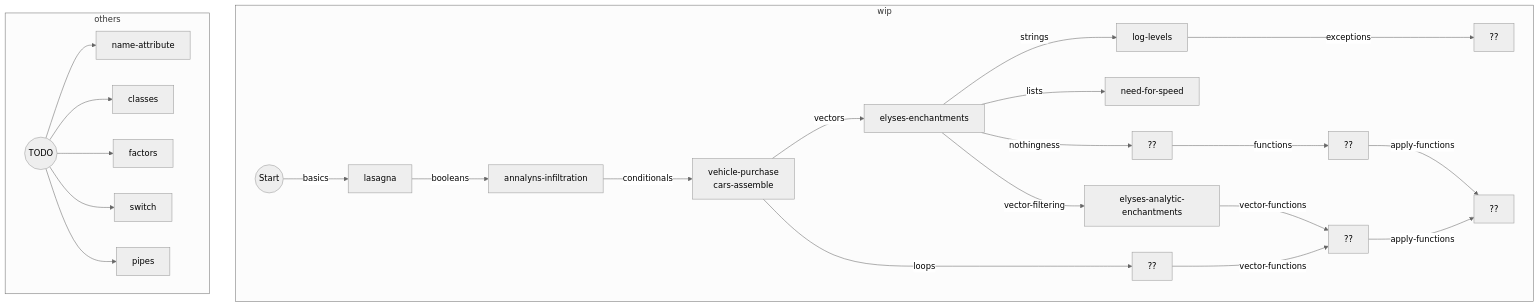
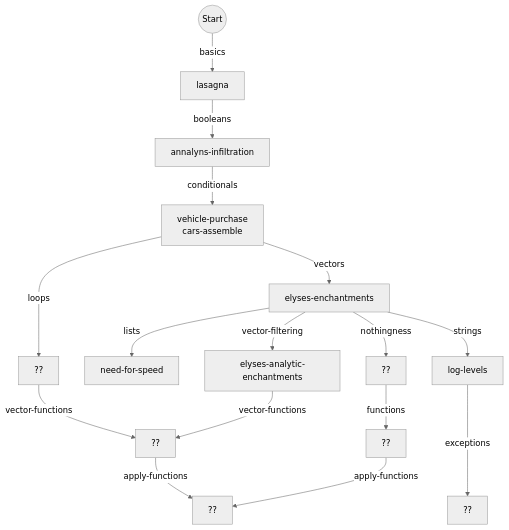
Before and after one commit to colinleach/r_concepts: the first of 2 diagrams in flowchart.md, drawn with Mermaid (neutral theme). The commit also changed other lines of this file and 1 other file, not shown here.

Commit message:
flowchart, README

````diff
--- a/flowchart.md
+++ b/flowchart.md
@@ -3,29 +5,19 @@
 ```mermaid
 graph TD
     
-subgraph wip
-    start(("Start")) --basics--> basics["lasagna"]
-    basics --booleans--> booleans["annalyns-infiltration"]
-    booleans --conditionals--> conditionals["vehicle-purchase<br/>cars-assemble"]
-    conditionals --vectors--> vectors["elyses-enchantments"]
-    conditionals --loops--> loops["??"]
-    vectors --lists--> lists["need-for-speed"]
-    vectors --vector-filtering--> vector-filtering["elyses-analytic-enchantments"]
-    vectors --nothingness--> nothingness["??"]
-    vectors --strings--> strings["log-levels"]
-    strings --exceptions---> exceptions["??"]
-    vector-filtering --vector-functions--> vector-functions["??"]
-    loops --vector-functions--> vector-functions["??"]
-    nothingness --functions--> functions["??"]
-    functions --apply-functions--> apply-functions["??"]
-    vector-functions --apply-functions--> apply-functions["??"]
-    end
-
-subgraph others
-    todo(("TODO")) --> name-attribute
-    todo(("TODO")) --> classes
-    todo(("TODO")) --> factors 
-    todo(("TODO")) --> switch
-    todo(("TODO")) --> pipes
-end
+start(("Start")) --basics--> basics["lasagna"]
+basics --booleans--> booleans["annalyns-infiltration"]
+booleans --conditionals--> conditionals["vehicle-purchase<br/>cars-assemble"]
+conditionals --vectors--> vectors["elyses-enchantments"]
+conditionals --loops--> loops["??"]
+vectors --lists--> lists["need-for-speed"]
+vectors --vector-filtering--> vector-filtering["elyses-analytic-enchantments"]
+vectors --nothingness--> nothingness["??"]
+vectors --strings--> strings["log-levels"]
+strings --exceptions---> exceptions["??"]
+vector-filtering --vector-functions--> vector-functions["??"]
+loops --vector-functions--> vector-functions["??"]
+nothingness --functions--> functions["??"]
+functions --apply-functions--> apply-functions["??"]
+vector-functions --apply-functions--> apply-functions["??"]
 ```
````
